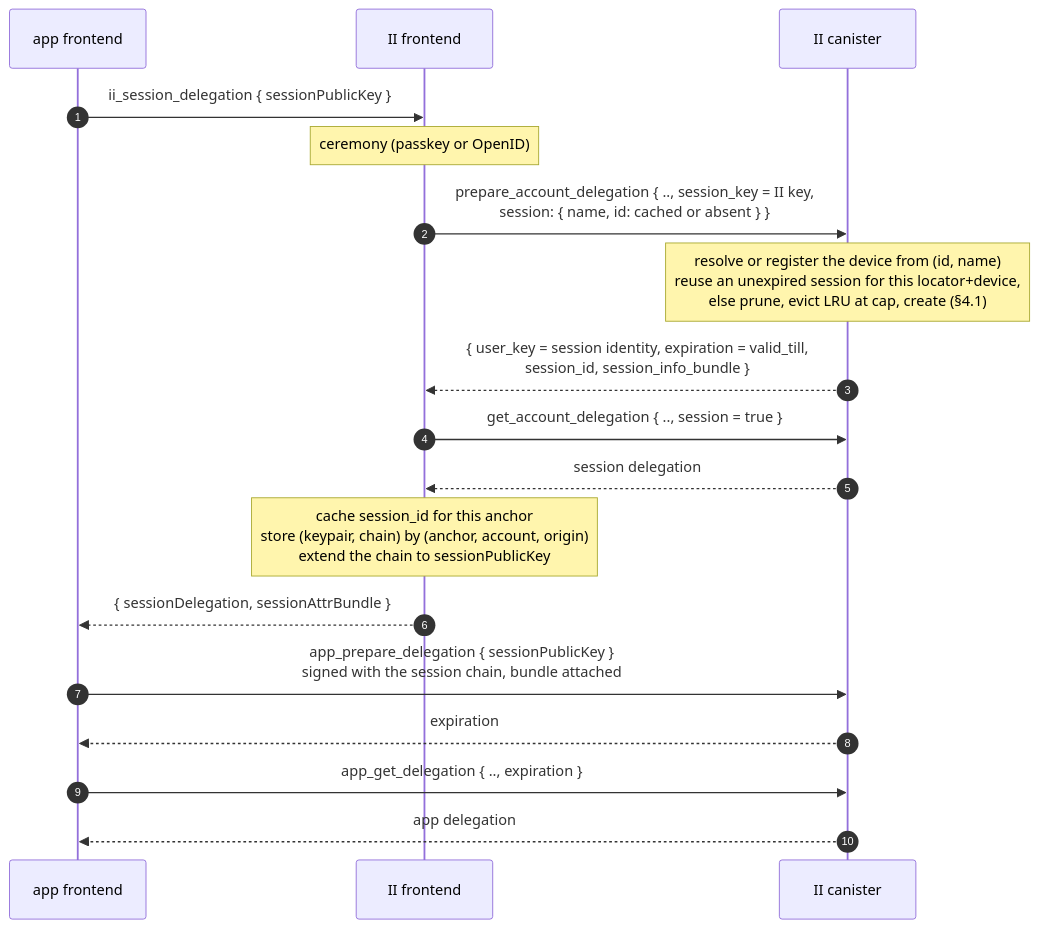
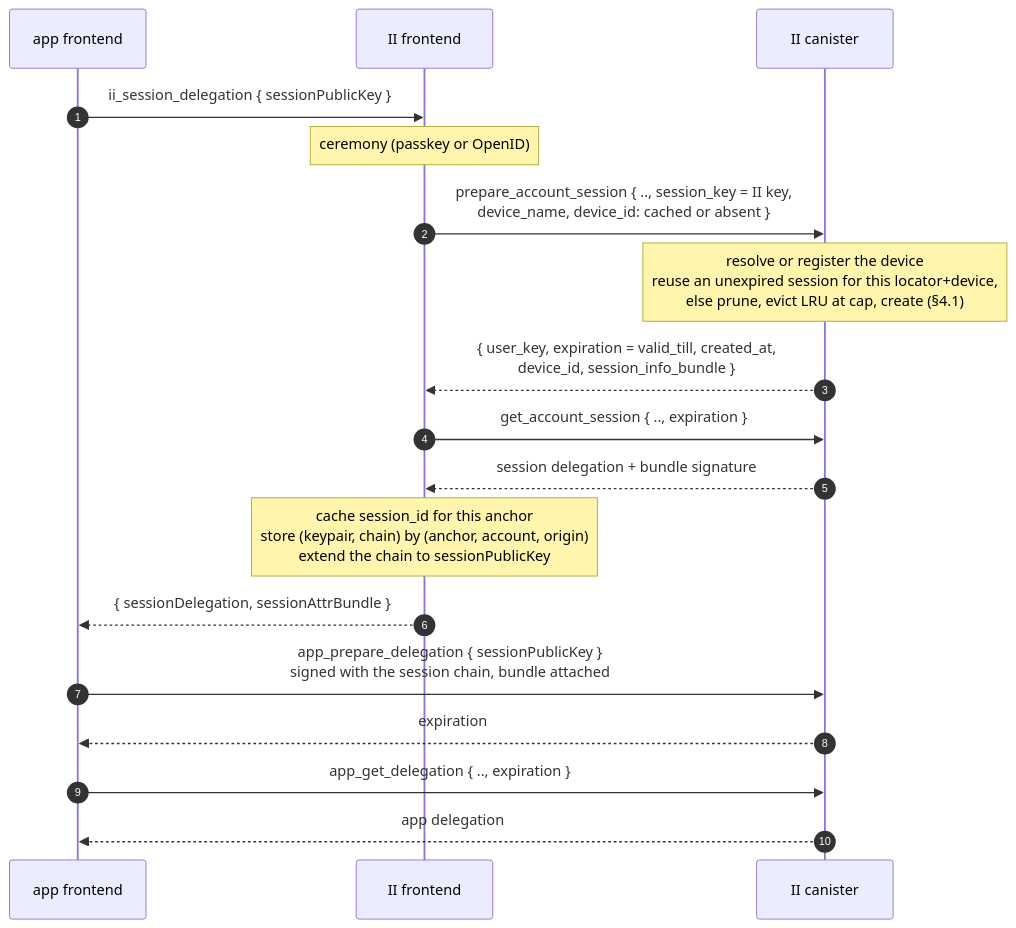
Before and after one commit to dfinity/internet-identity: the third of 7 diagrams in docs/ongoing/revocable-app-sessions.md, drawn with Mermaid. The commit also changed other lines of this file, not shown here.

First line of the commit message:
docs: sessions get their own prepare/get pair

````diff
--- a/docs/ongoing/revocable-app-sessions.md
+++ b/docs/ongoing/revocable-app-sessions.md
@@ -285,20 +304,20 @@
 ```mermaid
 sequenceDiagram
     autonumber
     participant App as app frontend
     participant IIF as II frontend
     participant IIC as II canister
     App->>IIF: ii_session_delegation { sessionPublicKey }
     Note over IIF: ceremony (passkey or OpenID)
-    IIF->>IIC: prepare_account_delegation { .., session_key = II key,<br/>session: { name, id: cached or absent } }
-    Note over IIC: resolve or register the device from (id, name)<br/>reuse an unexpired session for this locator+device,<br/>else prune, evict LRU at cap, create (§4.1)
-    IIC-->>IIF: { user_key = session identity, expiration = valid_till,<br/>session_id, session_info_bundle }
-    IIF->>IIC: get_account_delegation { .., session = true }
-    IIC-->>IIF: session delegation
+    IIF->>IIC: prepare_account_session { .., session_key = II key,<br/>device_name, device_id: cached or absent }
+    Note over IIC: resolve or register the device<br/>reuse an unexpired session for this locator+device,<br/>else prune, evict LRU at cap, create (§4.1)
+    IIC-->>IIF: { user_key, expiration = valid_till, created_at,<br/>device_id, session_info_bundle }
+    IIF->>IIC: get_account_session { .., expiration }
+    IIC-->>IIF: session delegation + bundle signature
     Note over IIF: cache session_id for this anchor<br/>store (keypair, chain) by (anchor, account, origin)<br/>extend the chain to sessionPublicKey
     IIF-->>App: { sessionDelegation, sessionAttrBundle }
     App->>IIC: app_prepare_delegation { sessionPublicKey }<br/>signed with the session chain, bundle attached
     IIC-->>App: expiration
     App->>IIC: app_get_delegation { .., expiration }
     IIC-->>App: app delegation
 ```
````
